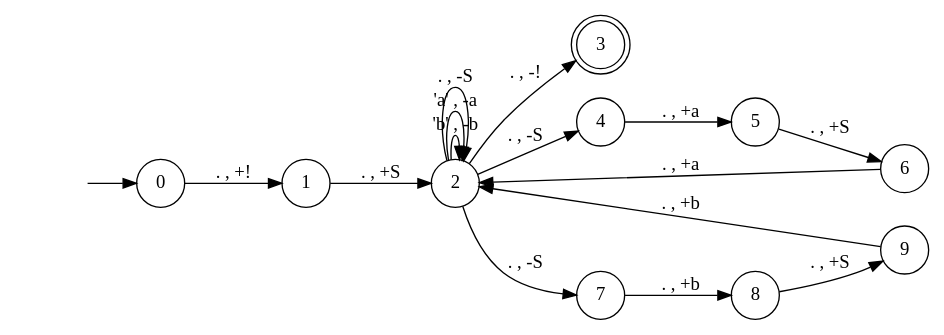
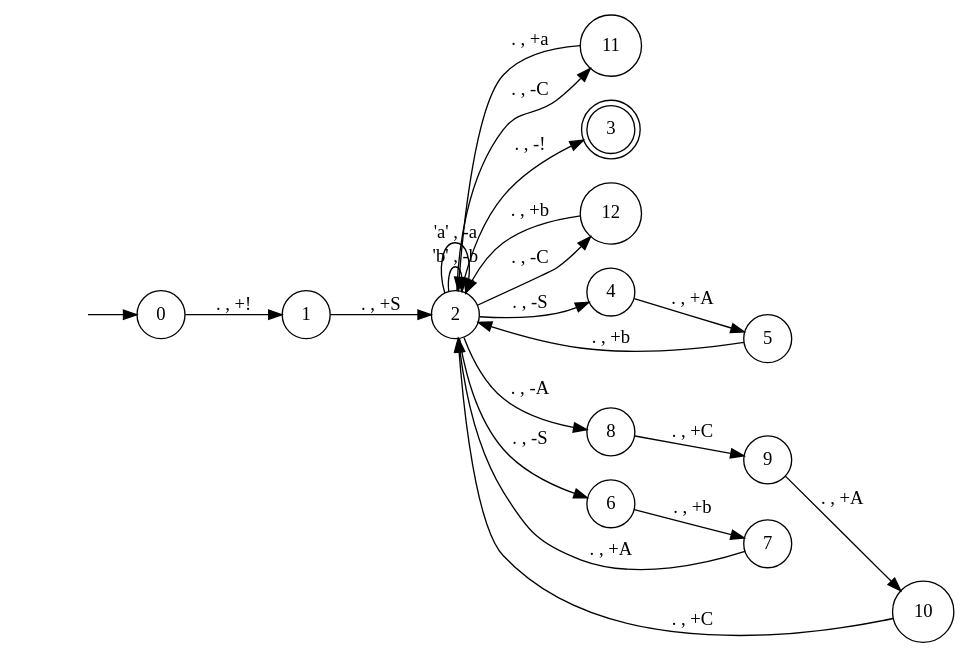
One commit to tsubaric/ToC changed the diagram in test.gv. Above: the diagram before and after it, drawn with Graphviz. The commit also changed 9 other files, not shown here.

```diff
--- a/test.gv
+++ b/test.gv
@@ -1,22 +1,27 @@
 digraph pda {
 rankdir = LR;
 hidden [shape = plaintext, label = ""];
 node [shape = doublecircle];
 3;
 node [shape = circle];
 hidden -> 0;
 0 -> 1 [label = ". , +!"];
+11 -> 2 [label = ". , +a"];
 1 -> 2 [label = ". , +S"];
+12 -> 2 [label = ". , +b"];
+2 -> 11 [label = ". , -C"];
+2 -> 12 [label = ". , -C"];
 2 -> 2 [label = "'b' , -b"];
 2 -> 2 [label = "'a' , -a"];
-2 -> 2 [label = ". , -S"];
 2 -> 3 [label = ". , -!"];
 2 -> 4 [label = ". , -S"];
-2 -> 7 [label = ". , -S"];
-4 -> 5 [label = ". , +a"];
-5 -> 6 [label = ". , +S"];
-6 -> 2 [label = ". , +a"];
-7 -> 8 [label = ". , +b"];
-8 -> 9 [label = ". , +S"];
-9 -> 2 [label = ". , +b"];
+2 -> 6 [label = ". , -S"];
+2 -> 8 [label = ". , -A"];
+4 -> 5 [label = ". , +A"];
+5 -> 2 [label = ". , +b"];
+6 -> 7 [label = ". , +b"];
+7 -> 2 [label = ". , +A"];
+8 -> 9 [label = ". , +C"];
+9 -> 10 [label = ". , +A"];
+10 -> 2 [label = ". , +C"];
 }
```
